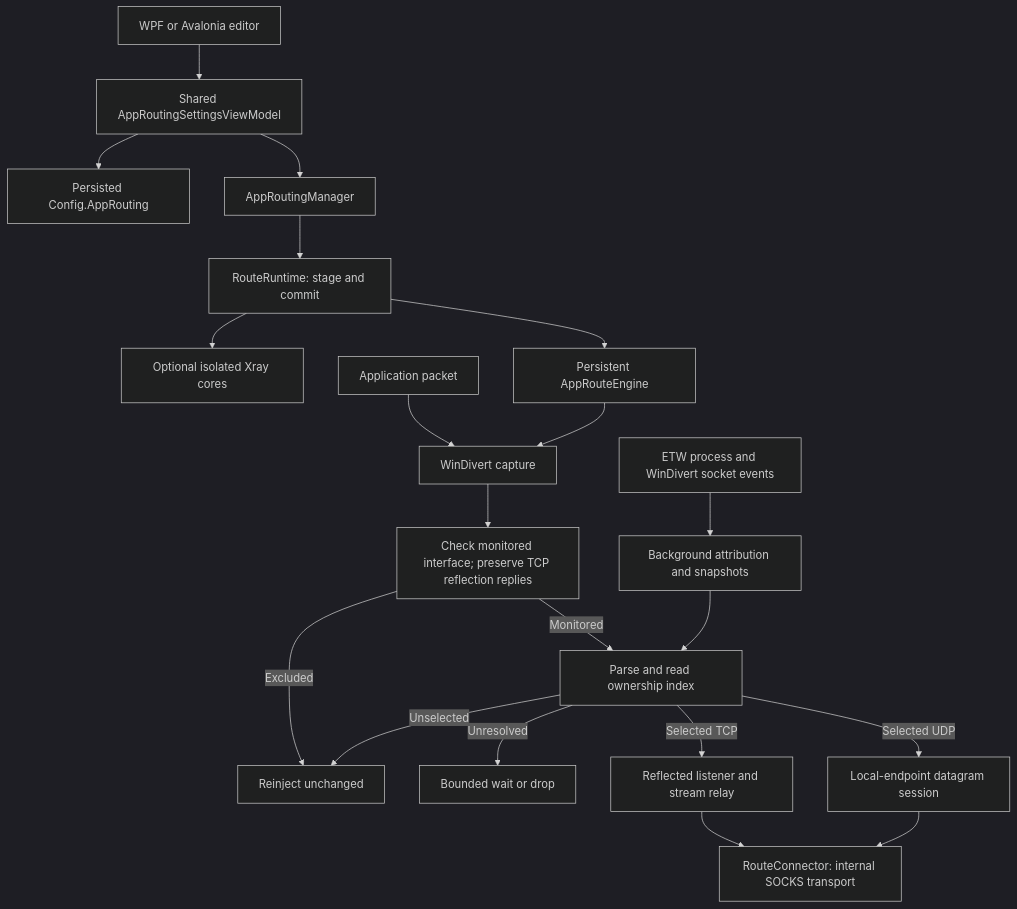
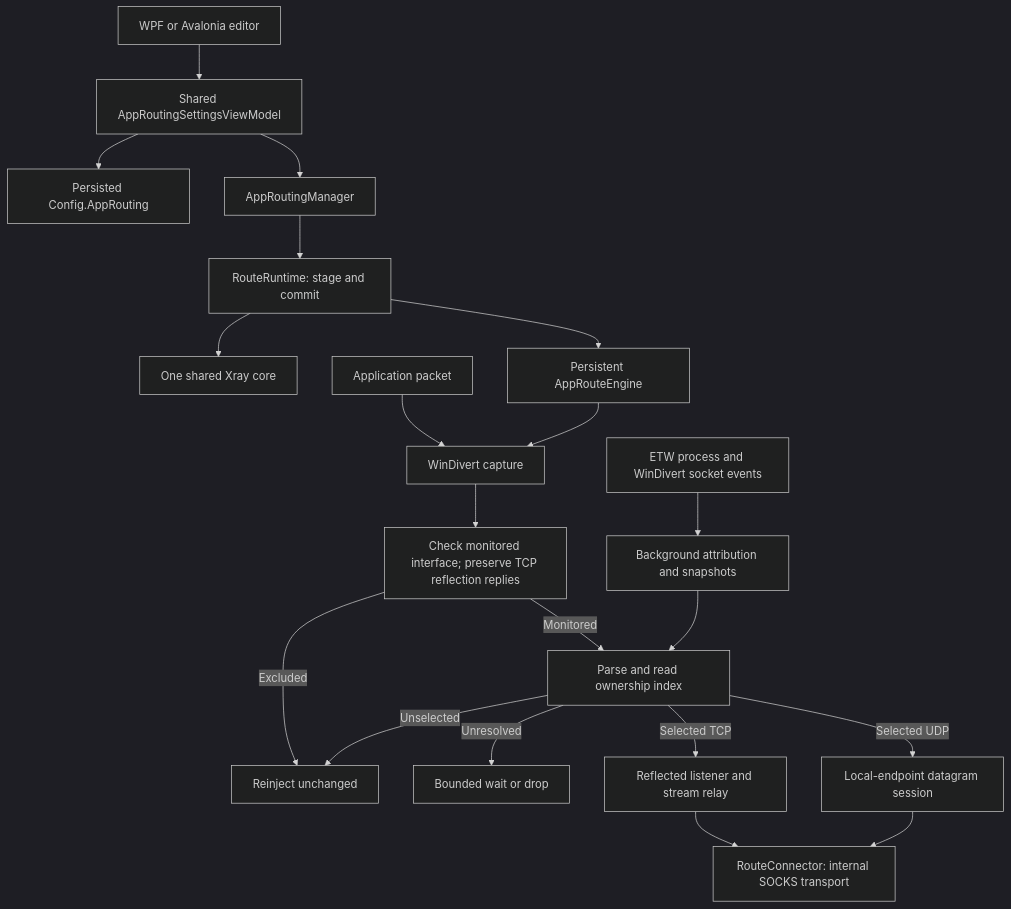
One commit to eliotcougar/v2rayN changed the diagram in docs/application-routing-code-review.md. Above: the diagram before and after it, drawn with Mermaid (dark theme). The commit also changed other lines of this file and 57 other files, not shown here.

````diff
--- a/docs/application-routing-code-review.md
+++ b/docs/application-routing-code-review.md
@@ -42,22 +42,22 @@
 ```mermaid
 flowchart TD
     UI[WPF or Avalonia editor] --> VM[Shared AppRoutingSettingsViewModel]
     VM --> CFG[Persisted Config.AppRouting]
     VM --> MGR[AppRoutingManager]
     MGR --> RT[RouteRuntime: stage and commit]
-    RT --> XRAY[Optional isolated Xray cores]
+    RT --> XRAY[One shared Xray core]
     RT --> ENGINE[Persistent AppRouteEngine]
     APP[Application packet] --> CAP[WinDivert capture]
     ENGINE --> CAP
     CAP --> IFACE[Check monitored interface; preserve TCP reflection replies]
     IFACE -->|Excluded| PASS[Reinject unchanged]
     IFACE -->|Monitored| ATTR[Parse and read ownership index]
     EVENTS[ETW process and WinDivert socket events] --> SNAP[Background attribution and snapshots]
     SNAP --> ATTR
     ATTR -->|Unresolved| WAIT[Bounded wait or drop]
     ATTR -->|Unselected| PASS[Reinject unchanged]
     ATTR -->|Selected TCP| TCP[Reflected listener and stream relay]
     ATTR -->|Selected UDP| UDP[Local-endpoint datagram session]
     TCP --> OUT[RouteConnector: internal SOCKS transport]
     UDP --> OUT
 ```
````
